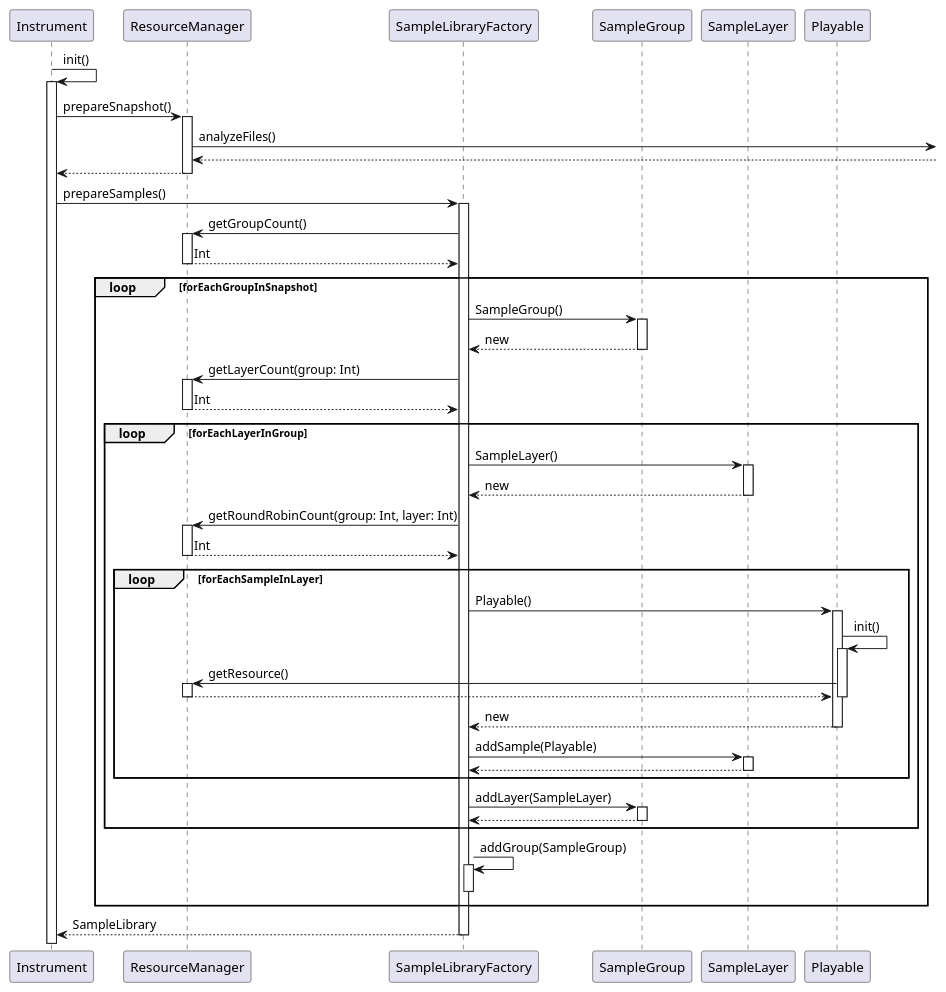
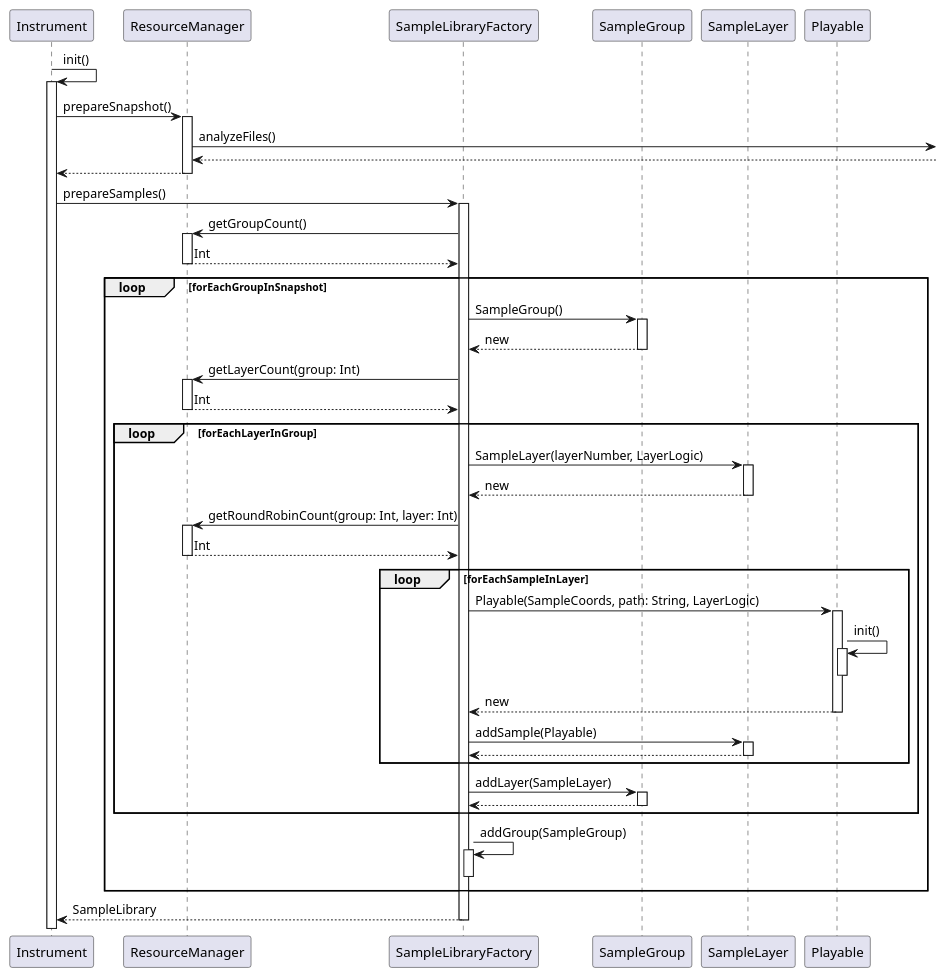
One commit to tunepruner/FingerPerc changed the diagram in app/Documentation/prepareSamplesSequence.puml. Above: the diagram before and after it, drawn with PlantUML. The commit also changed 168 other files, not shown here.

Commit message:
Implements Resource Manager and touches up Instrument, PlayableArea, and MainActivity

```diff
--- a/app/Documentation/prepareSamplesSequence.puml
+++ b/app/Documentation/prepareSamplesSequence.puml
@@ -1,42 +1,41 @@
 @startuml
 Instrument->Instrument++: init()
 
 Instrument->ResourceManager++: prepareSnapshot()
 ResourceManager->: analyzeFiles()
 ResourceManager<--
 
 return
 Instrument-> SampleLibraryFactory++: prepareSamples()
 SampleLibraryFactory->ResourceManager++: getGroupCount()
 return Int
 
 loop forEachGroupInSnapshot
 SampleLibraryFactory->SampleGroup++: SampleGroup()
 return new
 SampleLibraryFactory->ResourceManager++: getLayerCount(group: Int)
 return Int
 loop forEachLayerInGroup
-SampleLibraryFactory->SampleLayer++: SampleLayer()
+SampleLibraryFactory->SampleLayer++: SampleLayer(layerNumber, LayerLogic)
 return new
 SampleLibraryFactory->ResourceManager++: getRoundRobinCount(group: Int, layer: Int)
 return Int
 loop forEachSampleInLayer
-SampleLibraryFactory->Playable++: Playable()
+SampleLibraryFactory->Playable++: Playable(SampleCoords, path: String, LayerLogic)
 Playable->Playable++: init()
-Playable->ResourceManager++: getResource()
-return
+
 deactivate
 return new
 SampleLibraryFactory->SampleLayer++: addSample(Playable)
 return
 end loop
 SampleLibraryFactory->SampleGroup++:addLayer(SampleLayer)
 return
 end loop
 SampleLibraryFactory->SampleLibraryFactory++: addGroup(SampleGroup)
 deactivate
 end loop
 
 return SampleLibrary
 
 @enduml
```
